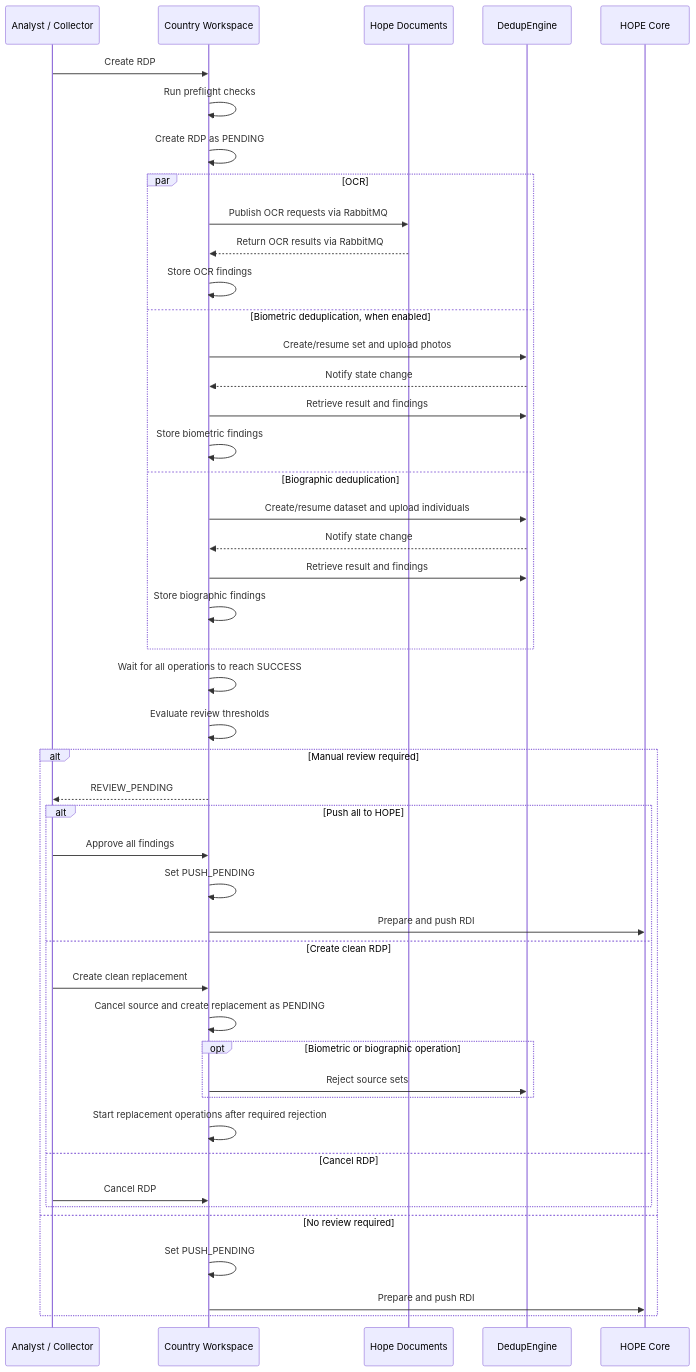
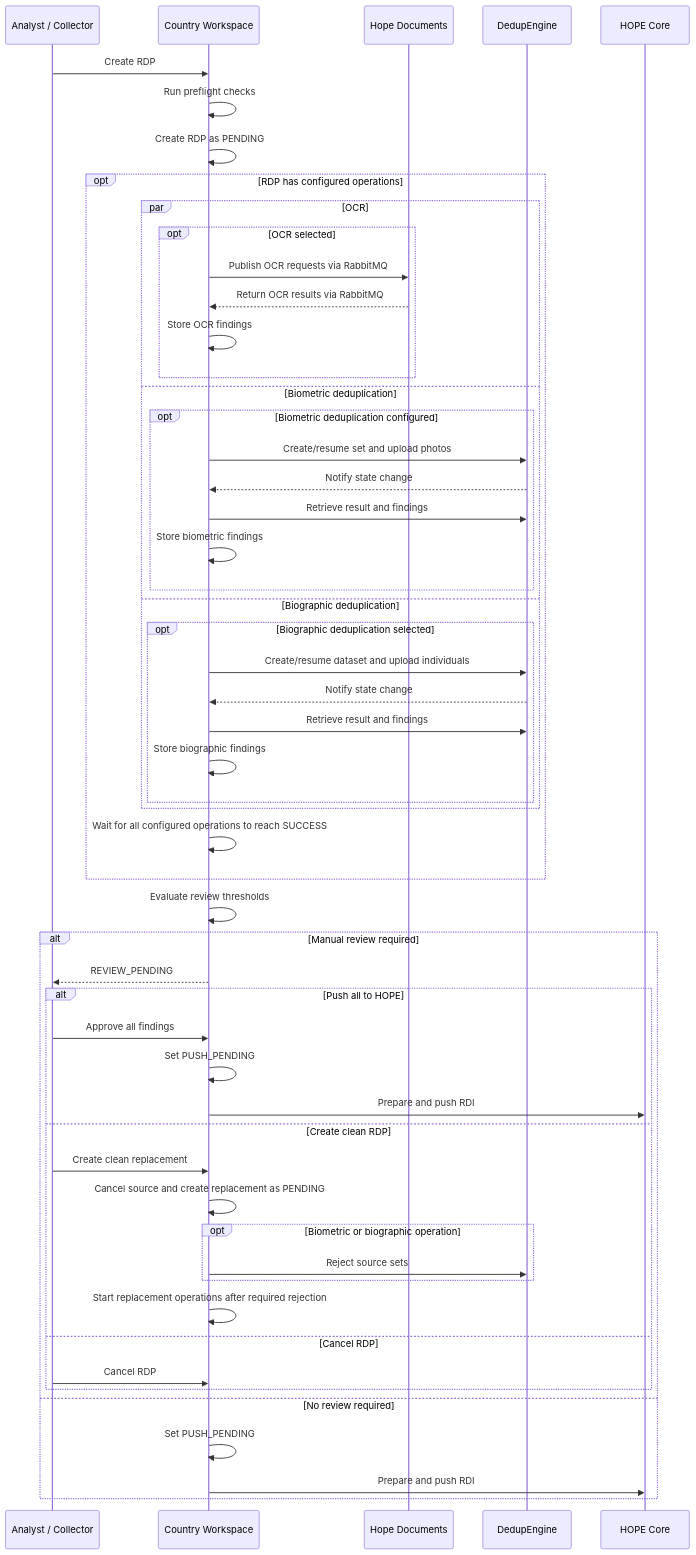
The diagram in docs/src/rdp/processing.md (unicef/hope-country-workspace), drawn with Mermaid before and after one commit. The commit also changed other lines of this file and 20 other files, not shown here.

````diff
--- a/docs/src/rdp/processing.md
+++ b/docs/src/rdp/processing.md
@@ -9,53 +9,61 @@
 ```mermaid
 sequenceDiagram
     participant User as Analyst / Collector
     participant CW as Country Workspace
     participant HD as Hope Documents
     participant DE as DedupEngine
     participant HOPE as HOPE Core
 
     User->>CW: Create RDP
     CW->>CW: Run preflight checks
     CW->>CW: Create RDP as PENDING
 
-    par OCR
-        CW->>HD: Publish OCR requests via RabbitMQ
-        HD-->>CW: Return OCR results via RabbitMQ
-        CW->>CW: Store OCR findings
-    and Biometric deduplication, when enabled
-        CW->>DE: Create/resume set and upload photos
-        DE-->>CW: Notify state change
-        CW->>DE: Retrieve result and findings
-        CW->>CW: Store biometric findings
-    and Biographic deduplication
-        CW->>DE: Create/resume dataset and upload individuals
-        DE-->>CW: Notify state change
-        CW->>DE: Retrieve result and findings
-        CW->>CW: Store biographic findings
+    opt RDP has configured operations
+        par OCR
+            opt OCR selected
+                CW->>HD: Publish OCR requests via RabbitMQ
+                HD-->>CW: Return OCR results via RabbitMQ
+                CW->>CW: Store OCR findings
+            end
+        and Biometric deduplication
+            opt Biometric deduplication configured
+                CW->>DE: Create/resume set and upload photos
+                DE-->>CW: Notify state change
+                CW->>DE: Retrieve result and findings
+                CW->>CW: Store biometric findings
+            end
+        and Biographic deduplication
+            opt Biographic deduplication selected
+                CW->>DE: Create/resume dataset and upload individuals
+                DE-->>CW: Notify state change
+                CW->>DE: Retrieve result and findings
+                CW->>CW: Store biographic findings
+            end
+        end
+
+        CW->>CW: Wait for all configured operations to reach SUCCESS
     end
-
-    CW->>CW: Wait for all operations to reach SUCCESS
     CW->>CW: Evaluate review thresholds
 
     alt Manual review required
         CW-->>User: REVIEW_PENDING
 
         alt Push all to HOPE
             User->>CW: Approve all findings
             CW->>CW: Set PUSH_PENDING
             CW->>HOPE: Prepare and push RDI
         else Create clean RDP
             User->>CW: Create clean replacement
             CW->>CW: Cancel source and create replacement as PENDING
             opt Biometric or biographic operation
                 CW->>DE: Reject source sets
             end
             CW->>CW: Start replacement operations after required rejection
         else Cancel RDP
             User->>CW: Cancel RDP
         end
     else No review required
         CW->>CW: Set PUSH_PENDING
         CW->>HOPE: Prepare and push RDI
     end
 ```
````
